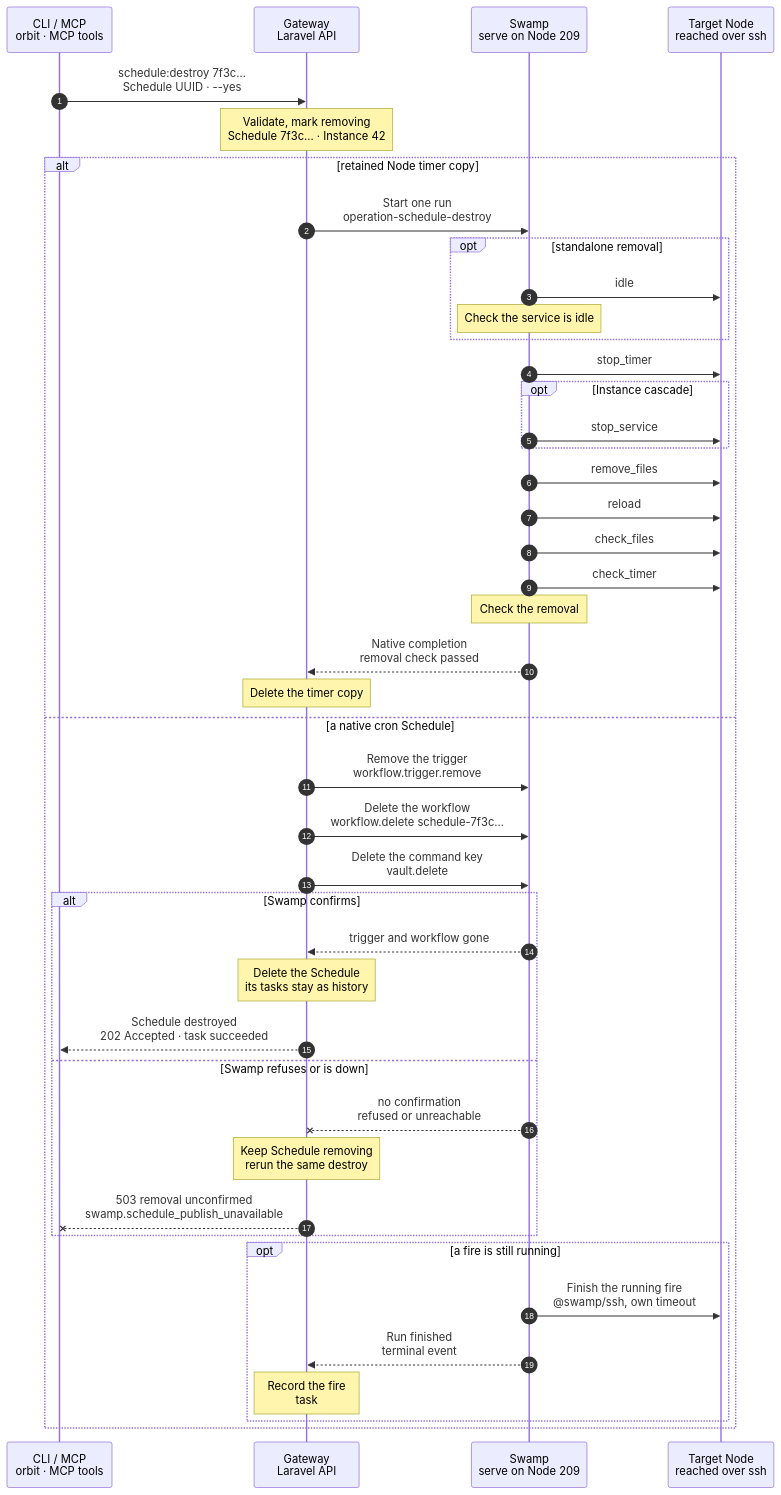
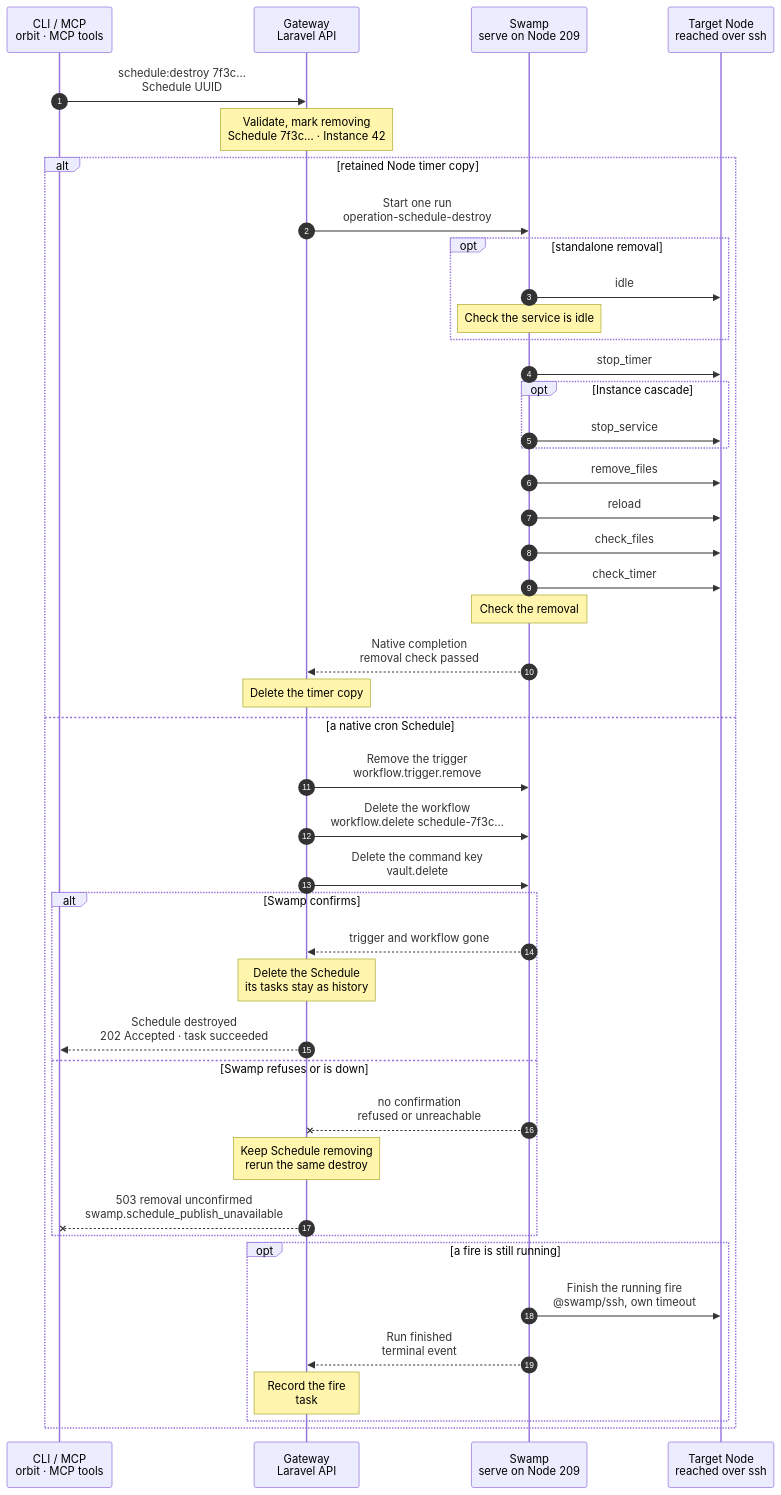
One commit to hardimpactdev/orbit changed the diagram in docs/cli/schedule/destroy.mmd. Above: the diagram before and after it, drawn with Mermaid. The commit also changed 5 other files, not shown here.

First line of the commit message:
docs(cli): draw route and schedule charts with a required-only main path

```diff
--- a/docs/cli/schedule/destroy.mmd
+++ b/docs/cli/schedule/destroy.mmd
@@ -1,125 +1,130 @@
 sequenceDiagram
   %% Target design: ADR 0244 native Swamp schedules, one Swamp workflow per Schedule (Nick 2026-11-02), nothing installed on Nodes; R1-R3.
+  %% Rule 23: 2026-11-03 required-only main path.
   %% status: migrated
   %% command: schedule:destroy
   %% kind: schedule.destroy
   autonumber
   %% lane CLI icon=terminal pill=caller tone=gray
   %% lane GW icon=gateway pill=intent tone=blue
   %% lane SW icon=workflow pill=executes tone=green
   %% lane N icon=server pill=target tone=amber
   participant CLI as CLI / MCP<br/>orbit · MCP tools
   participant GW as Gateway<br/>Laravel API
   participant SW as Swamp<br/>serve on Node 209
   participant N as Target Node<br/>reached over ssh
-  CLI->>GW: schedule:destroy 7f3c…<br/>Schedule UUID · --yes
+  CLI->>GW: schedule:destroy 7f3c…<br/>Schedule UUID
   %%> Command:
-  %%> - `orbit schedule:destroy 7f3c9a2e-41d0-4b8a-9c11-2f6e0d5b7a10 --yes`
+  %%> - `orbit schedule:destroy 7f3c9a2e-41d0-4b8a-9c11-2f6e0d5b7a10`
   %%> - syntax: `<schedule> [--project=ID] [--yes] [--idempotency-key=KEY] [--json]`
   %%> Input:
-  %%> - the UUID of the Schedule, or a definition name with `--project`
+  %%> - the UUID of the Schedule
+  %%> Other form:
+  %%> - `<name> --project=ID` deletes a Project Schedule definition; see below
+  %%> Optional:
+  %%> - `--yes` skips the prompt; `--idempotency-key` and `--json` change no step
   %%> Confirmation:
   %%> - without `--yes`, the CLI asks first; the default is No
   %%> - without a terminal, or with `--json`, `--yes` is required
   %%> With `--project`:
   %%> - only the Project Schedule definition is deleted (R1); Instance copies stay
   Note over GW: Validate, mark removing<br/>Schedule 7f3c… · Instance 42
   %%> Requirements:
   %%> - your Node has an access grant to Node 12, which runs Instance 42
   %%> - Schedule 7f3c… exists; a failed or disabled Schedule can be destroyed too
   %%> Result:
   %%> - Schedule 7f3c… is marked removing; its trigger and workflow are removed next
   %%> - there is no Node work, so no run starts (R1)
   %%> Not refused:
   %%> - a running fire no longer blocks destroy; `schedule.run_active` is gone
   alt retained Node timer copy
     GW->>SW: Start one run<br/>operation-schedule-destroy
     opt standalone removal
       SW->>N: idle
       %%> What it does:
       %%> - one bounded SSH argv reads the service state
       Note over SW: Check the service is idle
       %%> What it does:
       %%> - native assert accepts inactive, failed or unknown; active and transitional states refuse removal before mutation
     end
     SW->>N: stop_timer
     %%> What it does:
     %%> - official systemd stops and disables the timer
     opt Instance cascade
       SW->>N: stop_service
       %%> What it does:
       %%> - one bounded SSH argv stops the service, including an activating oneshot; standalone removal skips this step
     end
     SW->>N: remove_files
     %%> What it does:
     %%> - official file resources remove four managed paths in parallel
     SW->>N: reload
     %%> What it does:
     %%> - one bounded SSH argv reloads systemd after file removal
     SW->>N: check_files
     %%> What it does:
     %%> - official file checks confirm all four paths are absent, in parallel with the timer check
     SW->>N: check_timer
     %%> What it does:
     %%> - official systemd checks the timer is stopped and disabled
     Note over SW: Check the removal
     %%> What it does:
     %%> - native assert requires absent files and a compliant, unloaded timer
     SW-->>GW: Native completion<br/>removal check passed
     Note over GW: Delete the timer copy
     %%> Result:
     %%> - delete only after success; failure keeps the copy recorded as removing
   else a native cron Schedule
     GW->>SW: Remove the trigger<br/>workflow.trigger.remove
   %%> What it does:
   %%> - removes the cron trigger of `schedule-7f3c…` from serve (Node 209); serve starts no new fire
   %%> - removing a trigger that is gone is safe, so a disabled Schedule takes the same path
   GW->>SW: Delete the workflow<br/>workflow.delete schedule-7f3c…
   %%> What it does:
   %%> - deletes the Schedule's own workflow from serve
   %%> - a fire that already started keeps running from its own copy
   GW->>SW: Delete the command key<br/>vault.delete
   %%> What it does:
   %%> - deletes the Schedule command key after its trigger and workflow
   alt Swamp confirms
     SW-->>GW: trigger and workflow gone
     %%> Returns:
     %%> - serve starts no new fire for Schedule 7f3c…
     Note over GW: Delete the Schedule<br/>its tasks stay as history
     %%> Result:
     %%> - Schedule 7f3c…'s record is deleted
     %%> - its tasks stay, so past fires remain visible
     %%> - task #5141 is recorded as succeeded at once (R1)
     %%> Vault key:
     %%> - the command's vault key is deleted; a fire that already started read it when it began
     GW-->>CLI: Schedule destroyed<br/>202 Accepted · task succeeded
     %%> What you get:
     %%> - the result at once; there is nothing to follow
   else Swamp refuses or is down
     SW--xGW: no confirmation<br/>refused or unreachable
     %%> When:
     %%> - serve on 209 does not answer
     Note over GW: Keep Schedule removing<br/>rerun the same destroy
     %%> Result:
     %%> - Schedule 7f3c… stays recorded, marked removing
     %%> - the trigger or the workflow may still be set; a fire it starts still runs and is recorded as a task
     %%> Retry:
     %%> - run the same command again; removing a trigger or workflow that is gone is safe
     GW--xCLI: 503 removal unconfirmed<br/>swamp.schedule_publish_unavailable
     %%> Returns:
     %%> - the error code; the Schedule stays removing
   end
   opt a fire is still running
     SW->>N: Finish the running fire<br/>@swamp/ssh, own timeout
     %%> What it does:
     %%> - the fire that already started runs to its end, within the Schedule's timeout
     %%> Why:
     %%> - stopping a command halfway can leave the application in a worse state
     SW-->>GW: Run finished<br/>terminal event
     %%> How the Gateway learns it:
     %%> - its shared run reader sees the terminal event; Swamp never calls the Gateway
     Note over GW: Record the fire<br/>task #5139 · trigger: schedule
     %%> Result:
     %%> - the fire's task, recorded when it started, gets its result, although the Schedule is gone
   end
   end
```
